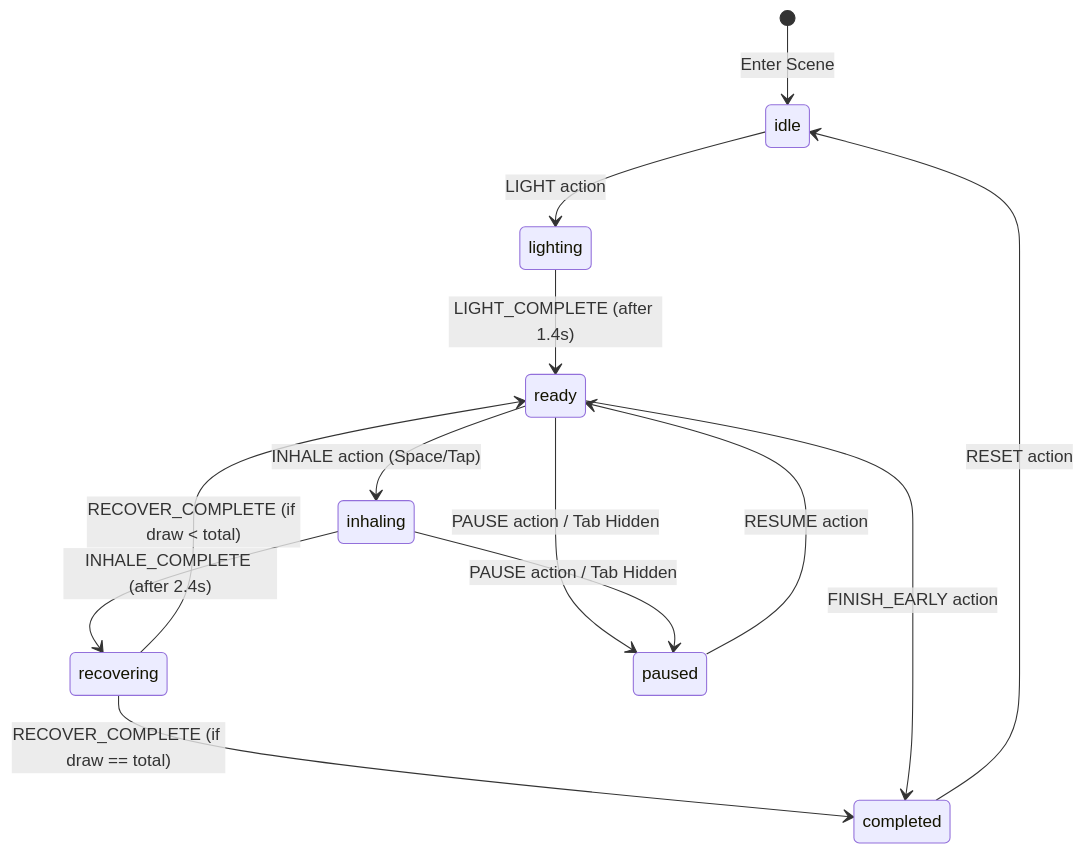
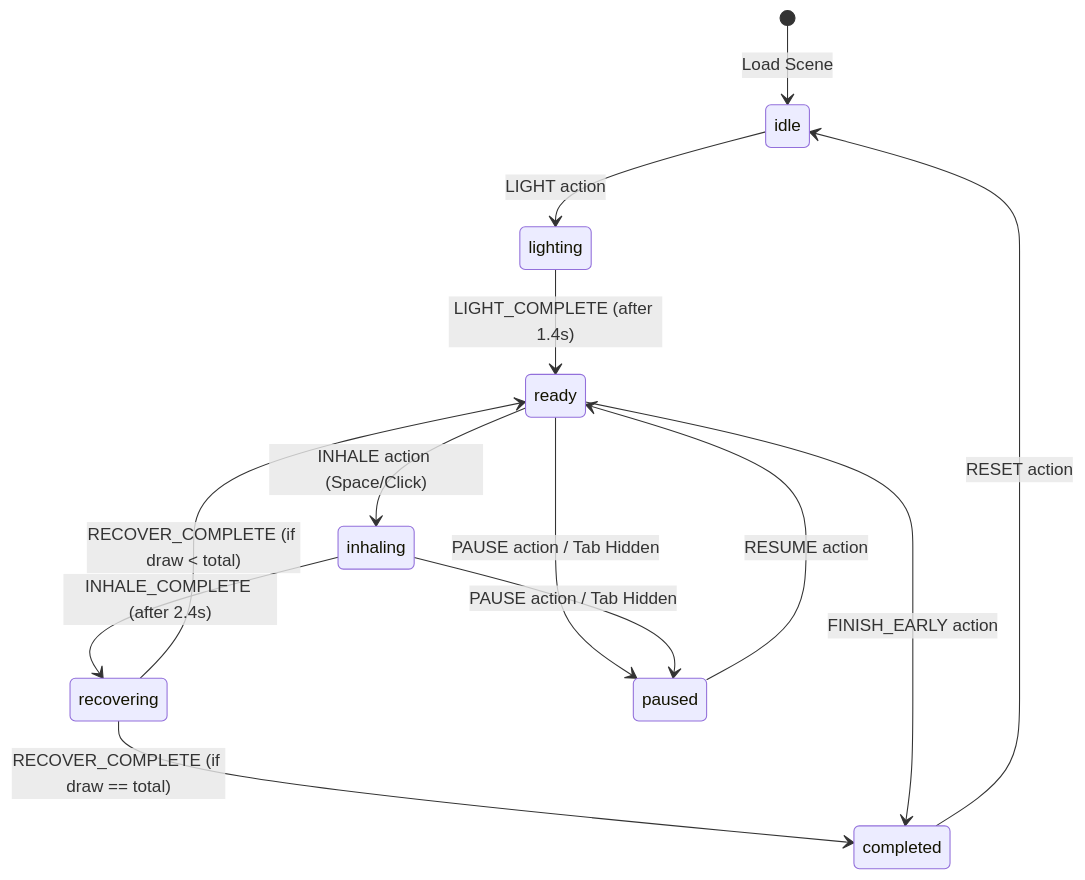
Before and after one commit to shafkatniloy/First-call: the second of 2 diagrams in docs/ARCHITECTURE.md, drawn with Mermaid. The commit also changed other lines of this file and 102 other files, not shown here.

````diff
--- a/docs/ARCHITECTURE.md
+++ b/docs/ARCHITECTURE.md
@@ -28,15 +42,15 @@
 ```mermaid
 stateDiagram-v2
-    [*] --> idle : Enter Scene
+    [*] --> idle : Load Scene
     idle --> lighting : LIGHT action
     lighting --> ready : LIGHT_COMPLETE (after 1.4s)
-    ready --> inhaling : INHALE action (Space/Tap)
+    ready --> inhaling : INHALE action (Space/Click)
     inhaling --> recovering : INHALE_COMPLETE (after 2.4s)
     recovering --> ready : RECOVER_COMPLETE (if draw < total)
     recovering --> completed : RECOVER_COMPLETE (if draw == total)
     ready --> paused : PAUSE action / Tab Hidden
     inhaling --> paused : PAUSE action / Tab Hidden
     paused --> ready : RESUME action
     ready --> completed : FINISH_EARLY action
     completed --> idle : RESET action
 ```
````
